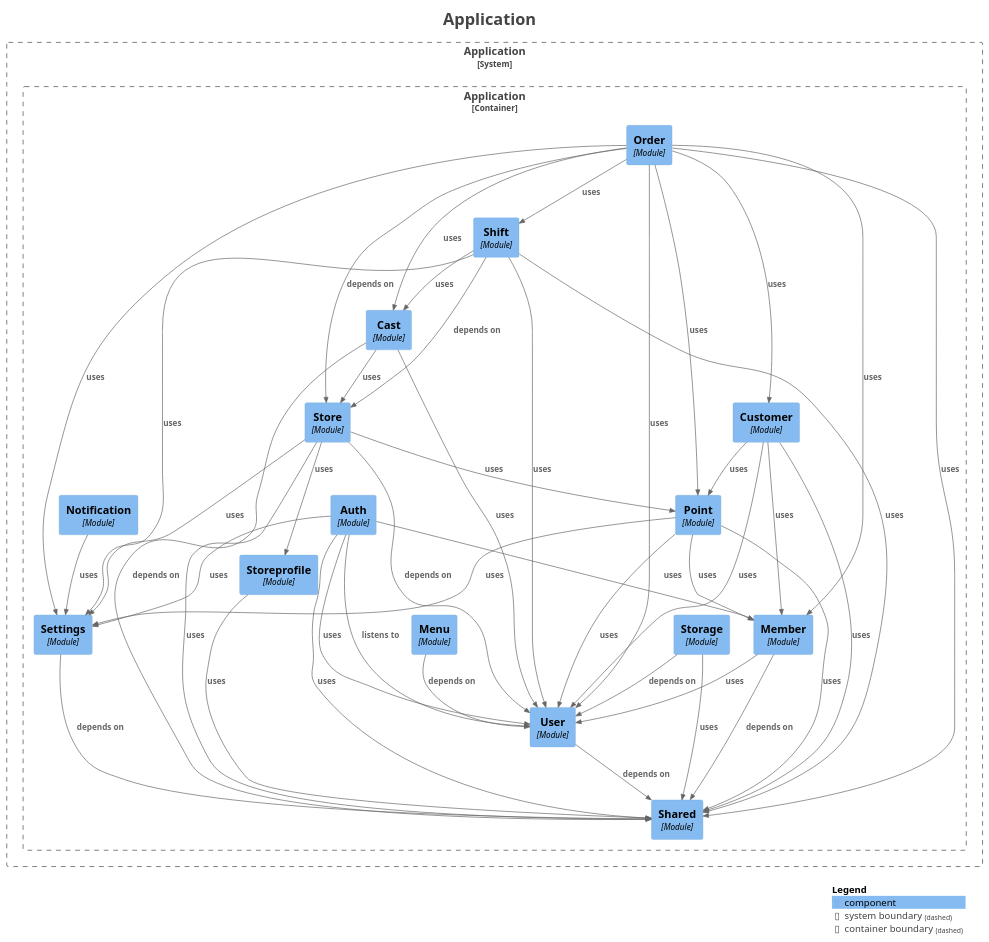
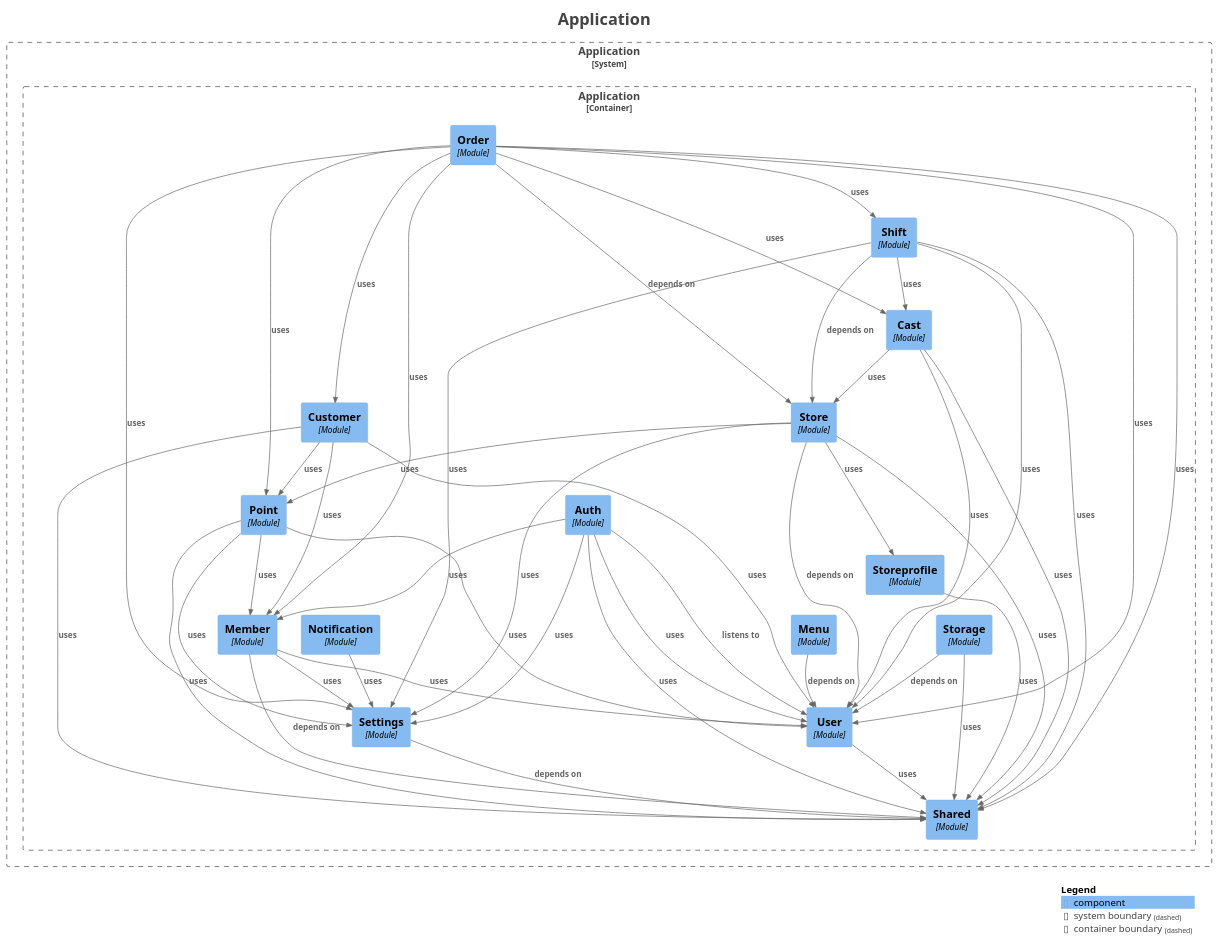
The diagram in backend/docs/modulith/components.puml (kanghouchao/Kizuna), drawn with PlantUML before and after one commit. The commit also changed 81 other files, not shown here.

```diff
--- a/backend/docs/modulith/components.puml
+++ b/backend/docs/modulith/components.puml
@@ -1,86 +1,87 @@
 @startuml
 title <size:24>Application</size>
 
 set separator none
 top to bottom direction
 
 <style>
   root {
     BackgroundColor: #ffffff
     FontColor: #444444
   }
 </style>
 
 !include <C4/C4>
 !include <C4/C4_Context>
 !include <C4/C4_Component>
 
 System_Boundary("Application_boundary", "Application", $tags="") {
   Container_Boundary("Application.Application_boundary", "Application", $tags="") {
     Component(Application.Application.Storage, "Storage", $techn="Module", $descr="", $tags="", $link="")
     Component(Application.Application.Auth, "Auth", $techn="Module", $descr="", $tags="", $link="")
     Component(Application.Application.Point, "Point", $techn="Module", $descr="", $tags="", $link="")
     Component(Application.Application.Customer, "Customer", $techn="Module", $descr="", $tags="", $link="")
     Component(Application.Application.Store, "Store", $techn="Module", $descr="", $tags="", $link="")
     Component(Application.Application.Cast, "Cast", $techn="Module", $descr="", $tags="", $link="")
     Component(Application.Application.Shift, "Shift", $techn="Module", $descr="", $tags="", $link="")
     Component(Application.Application.Order, "Order", $techn="Module", $descr="", $tags="", $link="")
     Component(Application.Application.Shared, "Shared", $techn="Module", $descr="", $tags="", $link="")
     Component(Application.Application.Settings, "Settings", $techn="Module", $descr="", $tags="", $link="")
     Component(Application.Application.Storeprofile, "Storeprofile", $techn="Module", $descr="", $tags="", $link="")
     Component(Application.Application.User, "User", $techn="Module", $descr="", $tags="", $link="")
     Component(Application.Application.Member, "Member", $techn="Module", $descr="", $tags="", $link="")
     Component(Application.Application.Menu, "Menu", $techn="Module", $descr="", $tags="", $link="")
     Component(Application.Application.Notification, "Notification", $techn="Module", $descr="", $tags="", $link="")
   }
 
 }
 
-Rel(Application.Application.Notification, Application.Application.Settings, "uses", $techn="", $tags="", $link="")
 Rel(Application.Application.Member, Application.Application.Shared, "depends on", $techn="", $tags="", $link="")
+Rel(Application.Application.Member, Application.Application.Settings, "uses", $techn="", $tags="", $link="")
 Rel(Application.Application.Member, Application.Application.User, "uses", $techn="", $tags="", $link="")
+Rel(Application.Application.Customer, Application.Application.Member, "uses", $techn="", $tags="", $link="")
+Rel(Application.Application.Customer, Application.Application.User, "uses", $techn="", $tags="", $link="")
+Rel(Application.Application.Customer, Application.Application.Shared, "uses", $techn="", $tags="", $link="")
+Rel(Application.Application.Customer, Application.Application.Point, "uses", $techn="", $tags="", $link="")
+Rel(Application.Application.Settings, Application.Application.Shared, "depends on", $techn="", $tags="", $link="")
+Rel(Application.Application.Order, Application.Application.Store, "depends on", $techn="", $tags="", $link="")
+Rel(Application.Application.Order, Application.Application.Shared, "uses", $techn="", $tags="", $link="")
+Rel(Application.Application.Order, Application.Application.User, "uses", $techn="", $tags="", $link="")
+Rel(Application.Application.Order, Application.Application.Member, "uses", $techn="", $tags="", $link="")
+Rel(Application.Application.Order, Application.Application.Settings, "uses", $techn="", $tags="", $link="")
+Rel(Application.Application.Order, Application.Application.Point, "uses", $techn="", $tags="", $link="")
+Rel(Application.Application.Order, Application.Application.Cast, "uses", $techn="", $tags="", $link="")
+Rel(Application.Application.Order, Application.Application.Shift, "uses", $techn="", $tags="", $link="")
+Rel(Application.Application.Order, Application.Application.Customer, "uses", $techn="", $tags="", $link="")
 Rel(Application.Application.Store, Application.Application.User, "depends on", $techn="", $tags="", $link="")
 Rel(Application.Application.Store, Application.Application.Storeprofile, "uses", $techn="", $tags="", $link="")
 Rel(Application.Application.Store, Application.Application.Point, "uses", $techn="", $tags="", $link="")
 Rel(Application.Application.Store, Application.Application.Settings, "uses", $techn="", $tags="", $link="")
 Rel(Application.Application.Store, Application.Application.Shared, "uses", $techn="", $tags="", $link="")
-Rel(Application.Application.Point, Application.Application.User, "uses", $techn="", $tags="", $link="")
-Rel(Application.Application.Point, Application.Application.Member, "uses", $techn="", $tags="", $link="")
-Rel(Application.Application.Point, Application.Application.Shared, "uses", $techn="", $tags="", $link="")
-Rel(Application.Application.Point, Application.Application.Settings, "uses", $techn="", $tags="", $link="")
-Rel(Application.Application.Order, Application.Application.Store, "depends on", $techn="", $tags="", $link="")
-Rel(Application.Application.Order, Application.Application.Customer, "uses", $techn="", $tags="", $link="")
-Rel(Application.Application.Order, Application.Application.User, "uses", $techn="", $tags="", $link="")
-Rel(Application.Application.Order, Application.Application.Member, "uses", $techn="", $tags="", $link="")
-Rel(Application.Application.Order, Application.Application.Shift, "uses", $techn="", $tags="", $link="")
-Rel(Application.Application.Order, Application.Application.Shared, "uses", $techn="", $tags="", $link="")
-Rel(Application.Application.Order, Application.Application.Settings, "uses", $techn="", $tags="", $link="")
-Rel(Application.Application.Order, Application.Application.Point, "uses", $techn="", $tags="", $link="")
-Rel(Application.Application.Order, Application.Application.Cast, "uses", $techn="", $tags="", $link="")
+Rel(Application.Application.Menu, Application.Application.User, "depends on", $techn="", $tags="", $link="")
 Rel(Application.Application.Shift, Application.Application.Store, "depends on", $techn="", $tags="", $link="")
+Rel(Application.Application.Shift, Application.Application.Settings, "uses", $techn="", $tags="", $link="")
 Rel(Application.Application.Shift, Application.Application.Cast, "uses", $techn="", $tags="", $link="")
 Rel(Application.Application.Shift, Application.Application.User, "uses", $techn="", $tags="", $link="")
-Rel(Application.Application.Shift, Application.Application.Settings, "uses", $techn="", $tags="", $link="")
 Rel(Application.Application.Shift, Application.Application.Shared, "uses", $techn="", $tags="", $link="")
-Rel(Application.Application.Settings, Application.Application.Shared, "depends on", $techn="", $tags="", $link="")
 Rel(Application.Application.Storeprofile, Application.Application.Shared, "uses", $techn="", $tags="", $link="")
-Rel(Application.Application.Customer, Application.Application.Member, "uses", $techn="", $tags="", $link="")
-Rel(Application.Application.Customer, Application.Application.User, "uses", $techn="", $tags="", $link="")
-Rel(Application.Application.Customer, Application.Application.Shared, "uses", $techn="", $tags="", $link="")
-Rel(Application.Application.Customer, Application.Application.Point, "uses", $techn="", $tags="", $link="")
+Rel(Application.Application.Cast, Application.Application.User, "uses", $techn="", $tags="", $link="")
+Rel(Application.Application.Cast, Application.Application.Store, "uses", $techn="", $tags="", $link="")
+Rel(Application.Application.Cast, Application.Application.Shared, "uses", $techn="", $tags="", $link="")
+Rel(Application.Application.Storage, Application.Application.User, "depends on", $techn="", $tags="", $link="")
+Rel(Application.Application.Storage, Application.Application.Shared, "uses", $techn="", $tags="", $link="")
 Rel(Application.Application.Auth, Application.Application.User, "listens to", $techn="", $tags="", $link="")
 Rel(Application.Application.Auth, Application.Application.User, "uses", $techn="", $tags="", $link="")
 Rel(Application.Application.Auth, Application.Application.Member, "uses", $techn="", $tags="", $link="")
 Rel(Application.Application.Auth, Application.Application.Shared, "uses", $techn="", $tags="", $link="")
 Rel(Application.Application.Auth, Application.Application.Settings, "uses", $techn="", $tags="", $link="")
-Rel(Application.Application.Menu, Application.Application.User, "depends on", $techn="", $tags="", $link="")
-Rel(Application.Application.User, Application.Application.Shared, "depends on", $techn="", $tags="", $link="")
-Rel(Application.Application.Cast, Application.Application.Shared, "depends on", $techn="", $tags="", $link="")
-Rel(Application.Application.Cast, Application.Application.User, "uses", $techn="", $tags="", $link="")
-Rel(Application.Application.Cast, Application.Application.Store, "uses", $techn="", $tags="", $link="")
-Rel(Application.Application.Storage, Application.Application.User, "depends on", $techn="", $tags="", $link="")
-Rel(Application.Application.Storage, Application.Application.Shared, "uses", $techn="", $tags="", $link="")
+Rel(Application.Application.User, Application.Application.Shared, "uses", $techn="", $tags="", $link="")
+Rel(Application.Application.Point, Application.Application.User, "uses", $techn="", $tags="", $link="")
+Rel(Application.Application.Point, Application.Application.Member, "uses", $techn="", $tags="", $link="")
+Rel(Application.Application.Point, Application.Application.Shared, "uses", $techn="", $tags="", $link="")
+Rel(Application.Application.Point, Application.Application.Settings, "uses", $techn="", $tags="", $link="")
+Rel(Application.Application.Notification, Application.Application.Settings, "uses", $techn="", $tags="", $link="")
 
 SHOW_LEGEND(true)
 hide stereotypes
 @enduml
```
